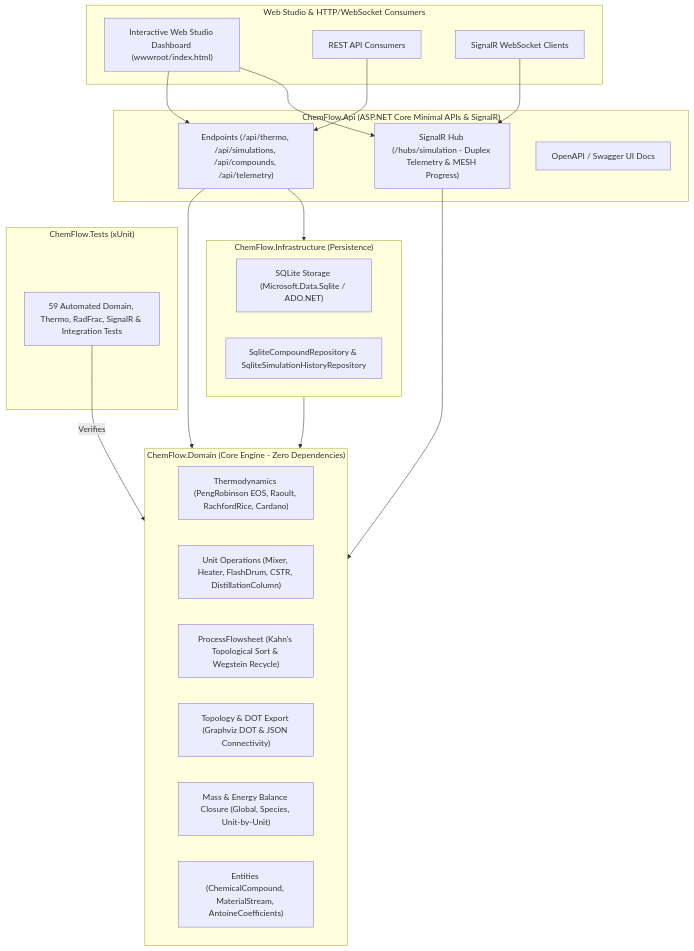
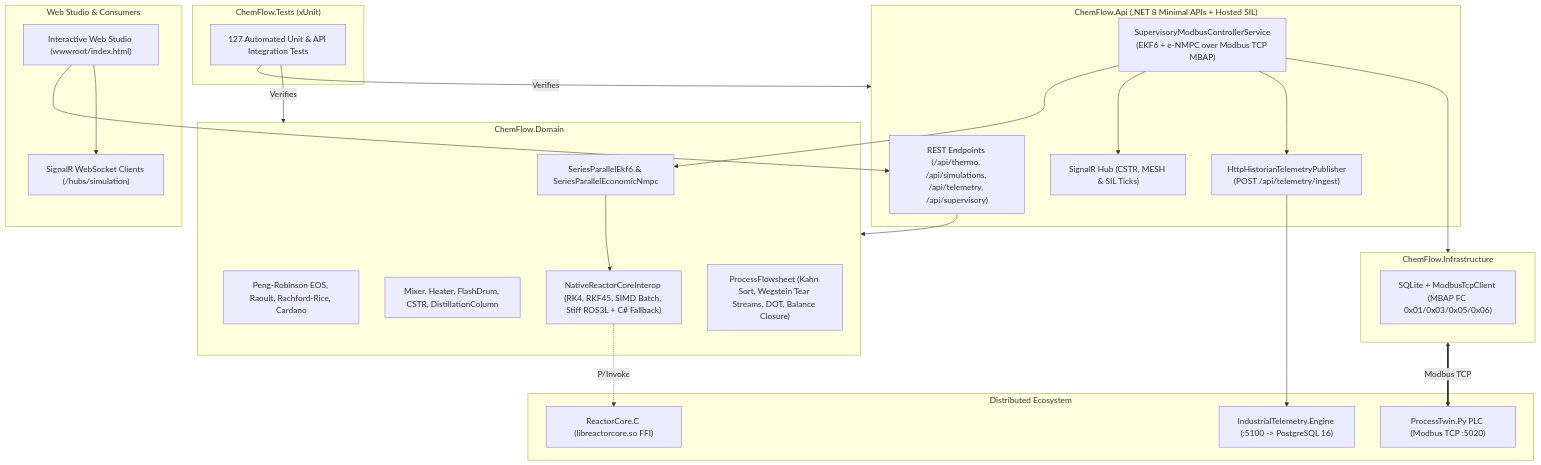
The diagram in README.md (yancsalmeida/ChemFlow.NET), drawn with Mermaid before and after one commit. The commit also changed other lines of this file, not shown here.

Commit message:
docs(readme): sync architecture, REST/protocol endpoints, ROS3L, SIL historian pipeline, and test counts

````diff
--- a/README.md
+++ b/README.md
@@ -24,42 +22,50 @@
 ```mermaid
 flowchart TD
-    subgraph Client["Web Studio & HTTP/WebSocket Consumers"]
-        Browser["Interactive Web Studio Dashboard (wwwroot/index.html)"]
-        HTTP["REST API Consumers"]
-        WS["SignalR WebSocket Clients"]
+    subgraph Client["Web Studio & Consumers"]
+        Browser["Interactive Web Studio (wwwroot/index.html)"]
+        WS["SignalR WebSocket Clients (/hubs/simulation)"]
     end
 
-    subgraph API["ChemFlow.Api (ASP.NET Core Minimal APIs & SignalR)"]
-        Endpoints["Endpoints (/api/thermo, /api/simulations, /api/compounds, /api/telemetry)"]
-        Hub["SignalR Hub (/hubs/simulation - Duplex Telemetry & MESH Progress)"]
-        Swagger["OpenAPI / Swagger UI Docs"]
+    subgraph API["ChemFlow.Api (.NET 8 Minimal APIs + Hosted SIL)"]
+        Endpoints["REST Endpoints (/api/thermo, /api/simulations, /api/telemetry, /api/supervisory)"]
+        SIL["SupervisoryModbusControllerService\n(EKF6 + e-NMPC over Modbus TCP MBAP)"]
+        Pub["HttpHistorianTelemetryPublisher\n(POST /api/telemetry/ingest)"]
+        Hub["SignalR Hub (CSTR, MESH & SIL Ticks)"]
     end
 
-    subgraph Domain["ChemFlow.Domain (Core Engine - Zero Dependencies)"]
-        Thermo["Thermodynamics (PengRobinson EOS, Raoult, RachfordRice, Cardano)"]
-        Units["Unit Operations (Mixer, Heater, FlashDrum, CSTR, DistillationColumn)"]
-        DAG["ProcessFlowsheet (Kahn's Topological Sort & Wegstein Recycle)"]
-        Topology["Topology & DOT Export (Graphviz DOT & JSON Connectivity)"]
-        Balance["Mass & Energy Balance Closure (Global, Species, Unit-by-Unit)"]
-        Entities["Entities (ChemicalCompound, MaterialStream, AntoineCoefficients)"]
+    subgraph Domain["ChemFlow.Domain"]
+        Thermo["Peng-Robinson EOS, Raoult, Rachford-Rice, Cardano"]
+        Units["Mixer, Heater, FlashDrum, CSTR, DistillationColumn"]
+        Control["SeriesParallelEkf6 & SeriesParallelEconomicNmpc"]
+        Native["NativeReactorCoreInterop (RK4, RKF45, SIMD Batch, Stiff ROS3L + C# Fallback)"]
+        DAG["ProcessFlowsheet (Kahn Sort, Wegstein Tear Streams, DOT, Balance Closure)"]
     end
 
-    subgraph Infra["ChemFlow.Infrastructure (Persistence)"]
-        Sqlite["SQLite Storage (Microsoft.Data.Sqlite / ADO.NET)"]
-        Repos["SqliteCompoundRepository & SqliteSimulationHistoryRepository"]
+    subgraph External["Distributed Ecosystem"]
+        C11["ReactorCore.C (libreactorcore.so FFI)"]
+        Twin["ProcessTwin.Py PLC (Modbus TCP :5020)"]
+        Hist["IndustrialTelemetry.Engine (:5100 -> PostgreSQL 16)"]
+    end
+
+    subgraph Infra["ChemFlow.Infrastructure"]
+        Sqlite["SQLite + ModbusTcpClient (MBAP FC 0x01/0x03/0x05/0x06)"]
     end
 
     subgraph Tests["ChemFlow.Tests (xUnit)"]
-        UnitTests["59 Automated Domain, Thermo, RadFrac, SignalR & Integration Tests"]
+        UnitTests["127 Automated Unit & API Integration Tests"]
     end
 
     Browser --> Endpoints
-    Browser --> Hub
-    HTTP --> Endpoints
-    WS --> Hub
+    Browser --> WS
     Endpoints --> Domain
-    Endpoints --> Infra
-    Hub --> Domain
-    Infra --> Domain
+    SIL --> Control
+    SIL --> Infra
+    SIL --> Hub
+    SIL --> Pub
+    Pub --> Hist
+    Control --> Native
+    Native -.->|"P/Invoke"| C11
+    Infra <==>|"Modbus TCP"| Twin
+    UnitTests -->|"Verifies"| API
     UnitTests -->|"Verifies"| Domain
 ```
````
